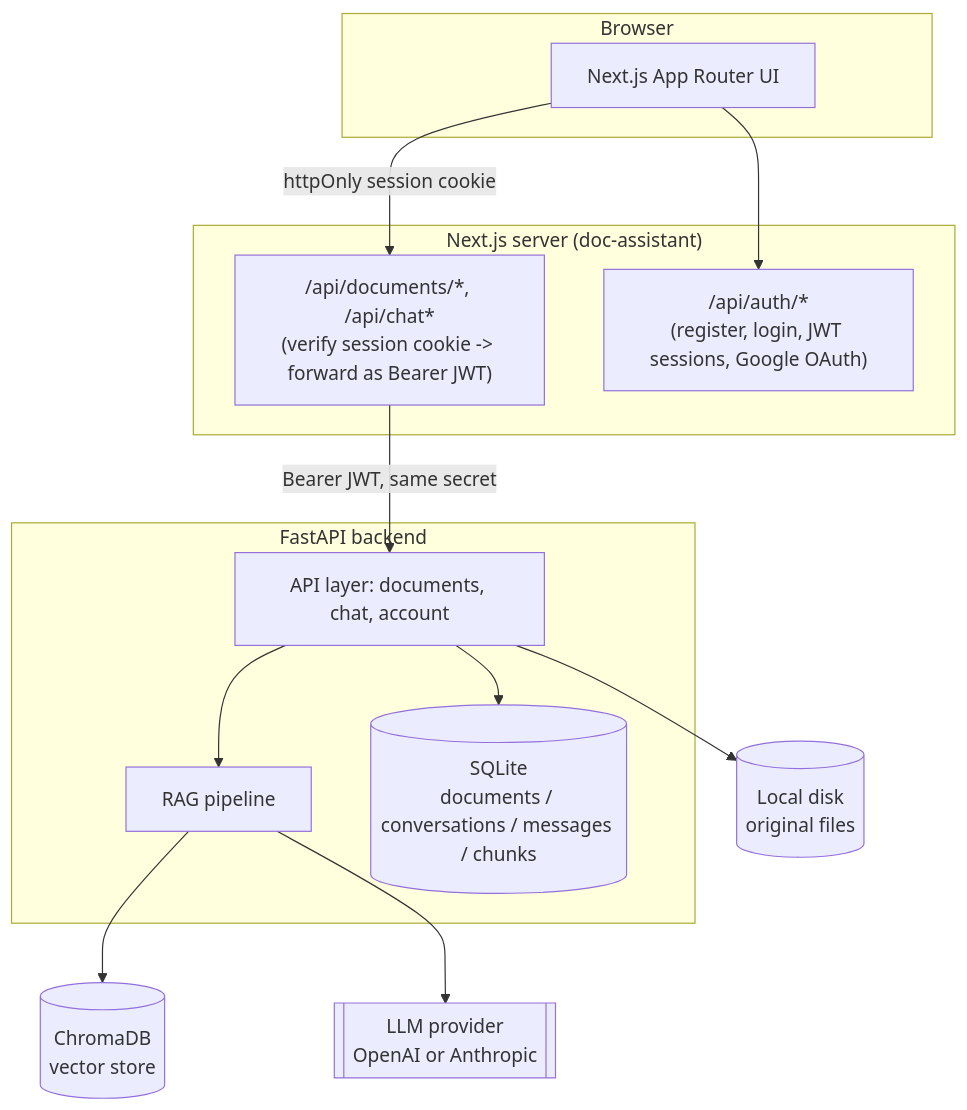
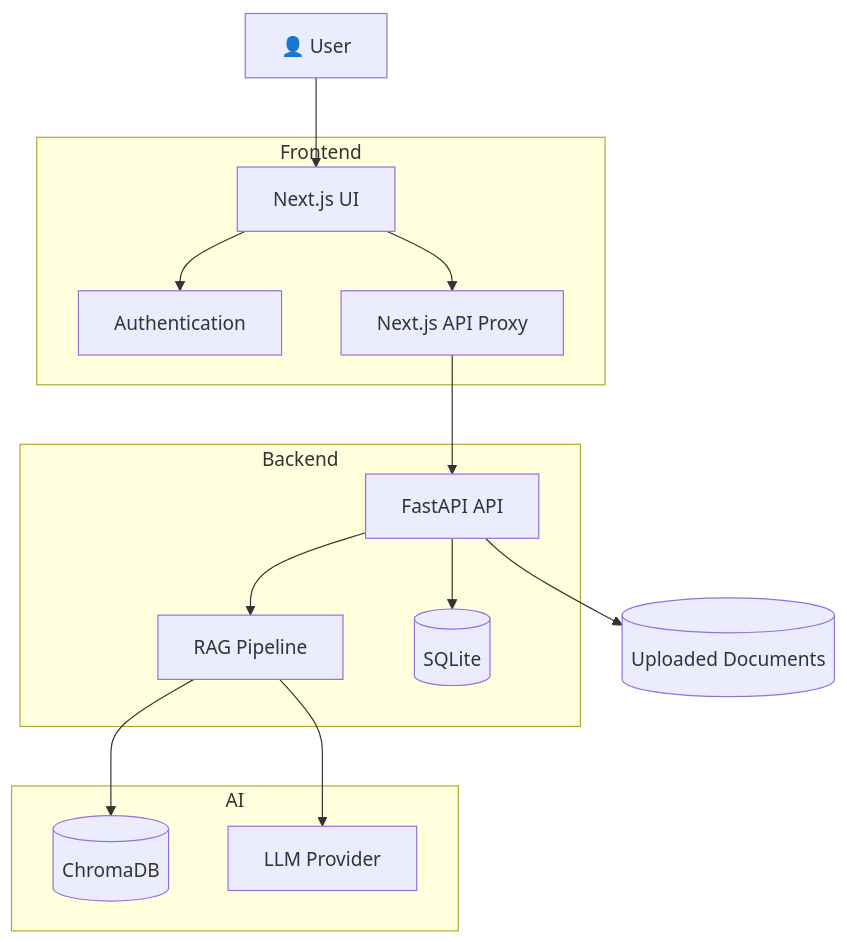
One commit to Devputta/Open-Sourec--Project-Zip-files changed the first of 5 diagrams in README.md. Above: the diagram before and after it, drawn with Mermaid. The commit also changed other lines of this file, not shown here.

````diff
--- a/README.md
+++ b/README.md
@@ -44,30 +66,36 @@
 ```mermaid
 flowchart TB
-    subgraph Browser
-        UI[Next.js App Router UI]
+
+    User[👤 User]
+
+    subgraph Frontend
+        UI[Next.js UI]
+        Auth[Authentication]
+        Proxy[Next.js API Proxy]
     end
 
-    subgraph "Next.js server (doc-assistant)"
-        Proxy["/api/documents/*, /api/chat*\n(verify session cookie -> forward as Bearer JWT)"]
-        Auth["/api/auth/*\n(register, login, JWT sessions, Google OAuth)"]
+    subgraph Backend
+        API[FastAPI API]
+        RAG[RAG Pipeline]
+        DB[(SQLite)]
     end
 
-    subgraph "FastAPI backend"
-        API[API layer: documents, chat, account]
-        RAG[RAG pipeline]
-        SQLite[(SQLite\ndocuments / conversations / messages / chunks)]
+    subgraph AI
+        Chroma[(ChromaDB)]
+        LLM[LLM Provider]
     end
 
-    Chroma[(ChromaDB\nvector store)]
-    LLM[[LLM provider\nOpenAI or Anthropic]]
-    Files[(Local disk\noriginal files)]
+    Files[(Uploaded Documents)]
 
-    UI -->|httpOnly session cookie| Proxy
+    User --> UI
     UI --> Auth
-    Proxy -->|Bearer JWT, same secret| API
+    UI --> Proxy
+    Proxy --> API
+
     API --> RAG
-    API --> SQLite
+    API --> DB
+    API --> Files
+
     RAG --> Chroma
     RAG --> LLM
-    API --> Files
 ```
````
